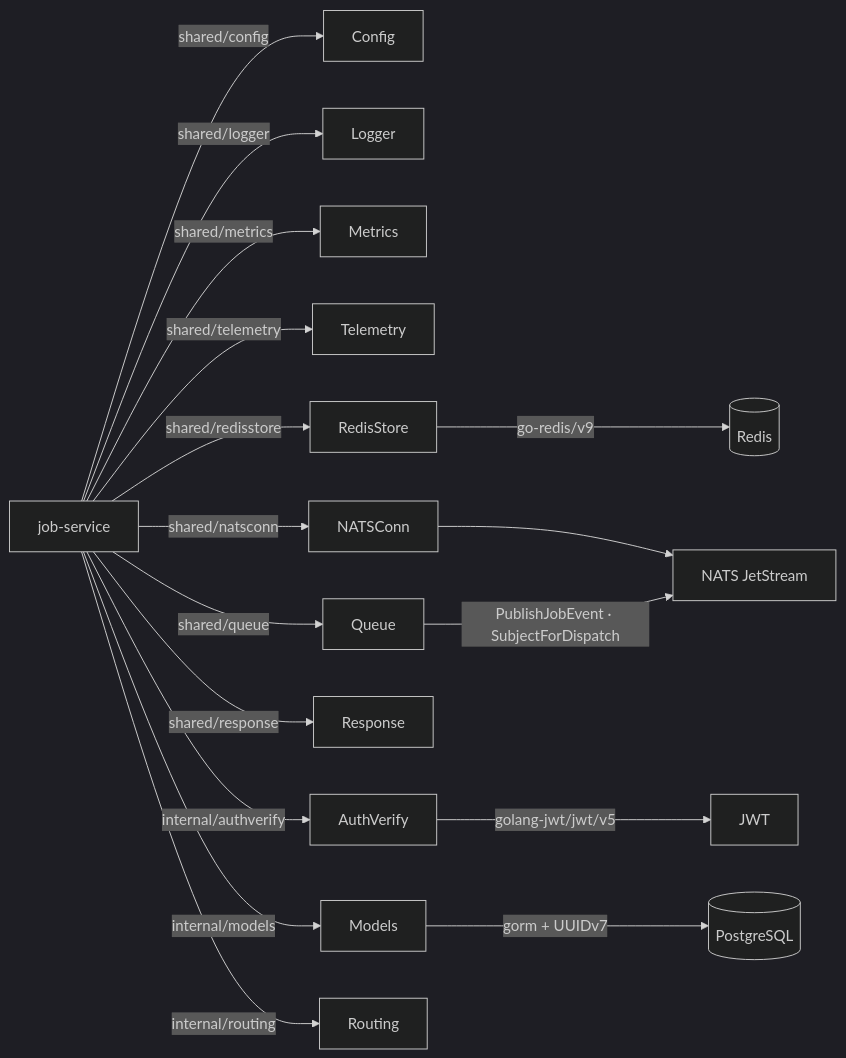
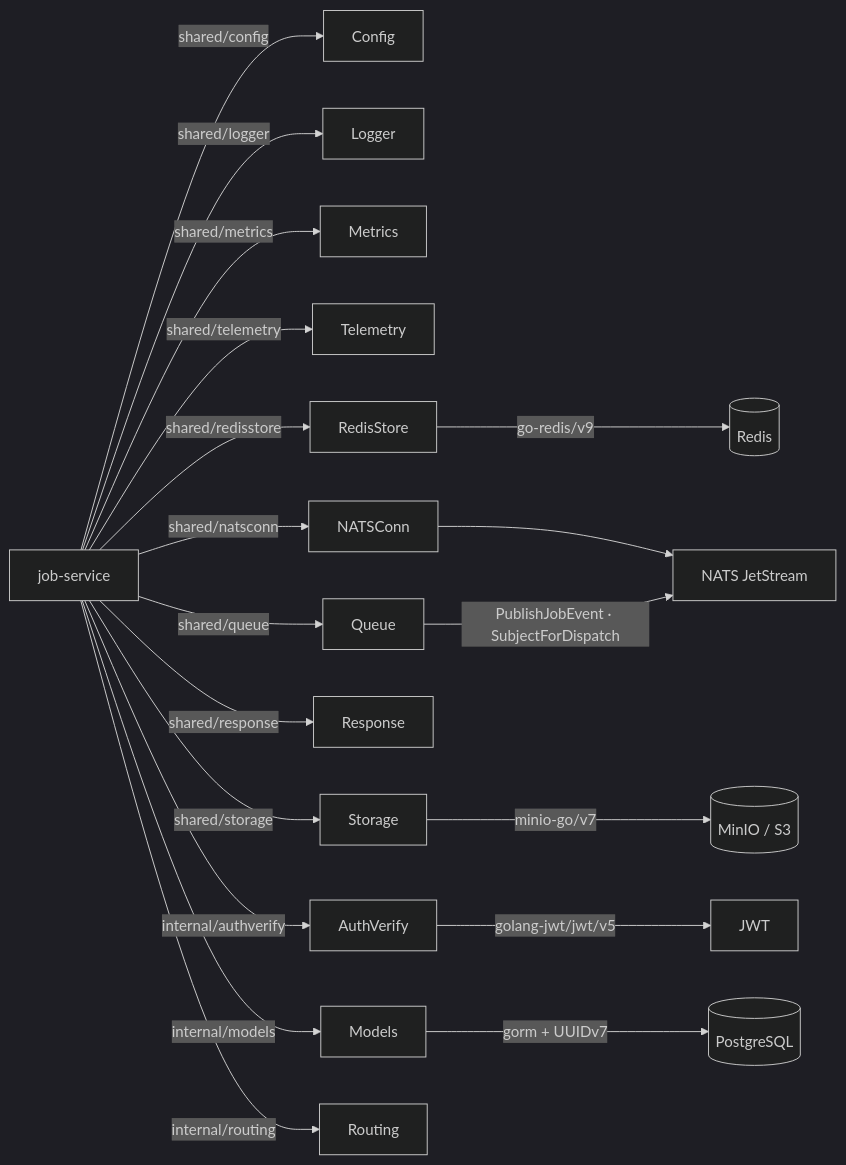
The fifth of 5 diagrams in docs/developer/mermaid/service-job-service-architecture.md (Prachidubey2003/fyredocs_backend), drawn with Mermaid (dark theme) before and after one commit. The commit also changed other lines of this file and 84 other files, not shown here.

````diff
--- a/docs/developer/mermaid/service-job-service-architecture.md
+++ b/docs/developer/mermaid/service-job-service-architecture.md
@@ -207,21 +214,24 @@
 ```mermaid
 graph LR
     JS[job-service] --> |shared/config| Config
     JS --> |shared/logger| Logger
     JS --> |shared/metrics| Metrics
     JS --> |shared/telemetry| Telemetry
     JS --> |shared/redisstore| RedisStore
     JS --> |shared/natsconn| NATSConn
     JS --> |shared/queue| Queue
     JS --> |shared/response| Response
+    JS --> |shared/storage| Storage
+
+    Storage --> |minio-go/v7| S3[("MinIO / S3")]
 
     JS --> |internal/authverify| AuthVerify
     JS --> |internal/models| Models
     JS --> |internal/routing| Routing
 
     Models --> |gorm + UUIDv7| PG[(PostgreSQL)]
     RedisStore --> |go-redis/v9| Redis[(Redis)]
     NATSConn --> NATS["NATS JetStream"]
     Queue --> |PublishJobEvent · SubjectForDispatch| NATS
     AuthVerify --> |golang-jwt/jwt/v5| JWT
 ```
````
